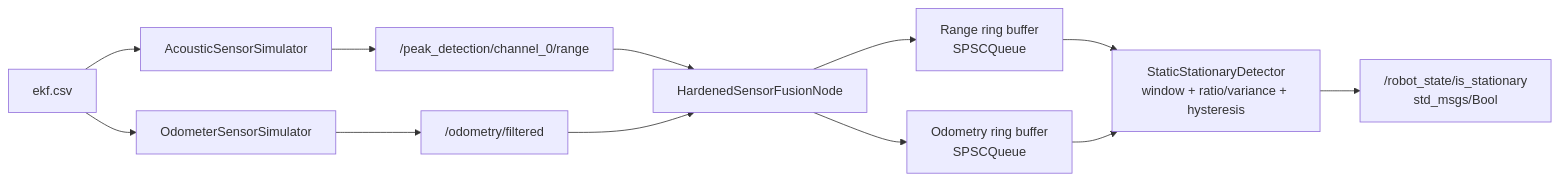
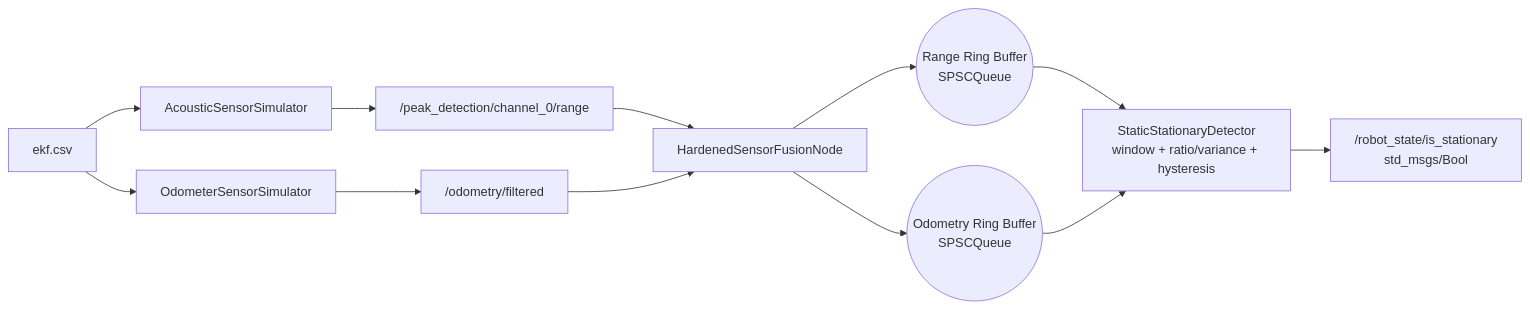
One commit to afatom/robot-stationary-fusion changed the first of 2 diagrams in README.md. Above: the diagram before and after it, drawn with Mermaid. The commit also changed other lines of this file, not shown here.

Commit message:
README : add ring buffers

````diff
--- a/README.md
+++ b/README.md
@@ -36,23 +36,23 @@
 ```mermaid
 flowchart LR
    CSV["ekf.csv"]
    RNode["AcousticSensorSimulator"]
    ONode["OdometerSensorSimulator"]
    RTopic["/peak_detection/channel_0/range"]
    OTopic["/odometry/filtered"]
    HFN["HardenedSensorFusionNode"]
-   RBuf["Range ring buffer\nSPSCQueue<StaticTimeStampedValue>"]
-   OBuf["Odometry ring buffer\nSPSCQueue<StaticTimeStampedValue>"]
+   RBuf(("Range Ring Buffer<br/>SPSCQueue<StaticTimeStampedValue>"))
+   OBuf(("Odometry Ring Buffer<br/>SPSCQueue<StaticTimeStampedValue>"))
    Det["StaticStationaryDetector\nwindow + ratio/variance + hysteresis"]
    Out["/robot_state/is_stationary\nstd_msgs/Bool"]
 
    CSV --> RNode
    CSV --> ONode
    RNode --> RTopic --> HFN
    ONode --> OTopic --> HFN
    HFN --> RBuf
    HFN --> OBuf
    RBuf --> Det
    OBuf --> Det
    Det --> Out
 ```
````
